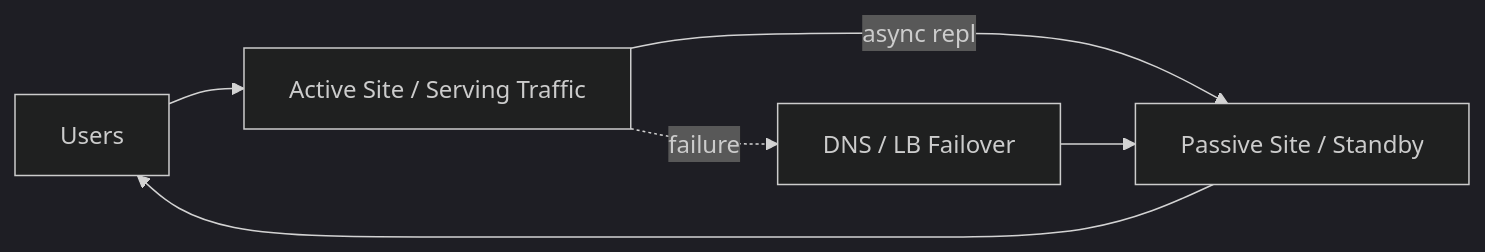
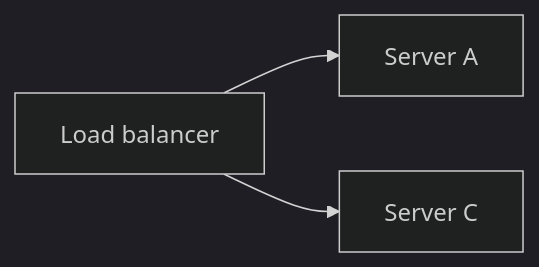
One commit to hareramcse/SystemDesign changed diagram 14 of 34 in 12-reliability-engineering/README.md. Above: the diagram before and after it, drawn with Mermaid (dark theme). The commit also changed other lines of this file and 1 other file, not shown here.

````diff
--- a/12-reliability-engineering/README.md
+++ b/12-reliability-engineering/README.md
@@ -301,8 +448,5 @@
 ```mermaid
 flowchart LR
-    Users[Users] --> Primary[Active Site / Serving Traffic]
-    Primary -->|async repl| Passive[Passive Site / Standby]
-    Primary -.->|failure| Failover[DNS / LB Failover]
-    Failover --> Passive
-    Passive --> Users
+    LB[Load balancer] --> SA[Server A]
+    LB --> SC[Server C]
 ```
````
